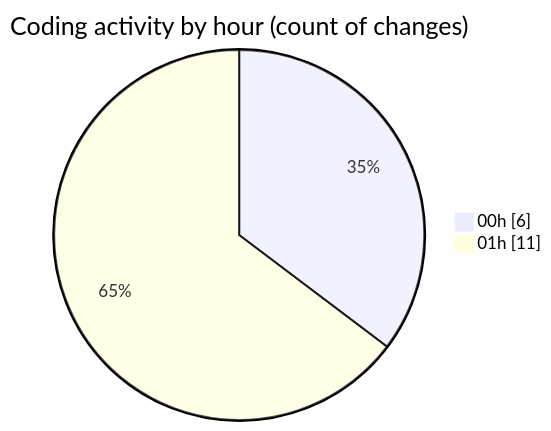
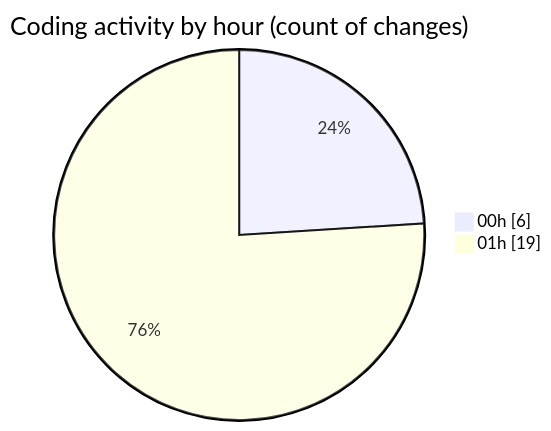
Before and after one commit to julien-gomy/code-tracking: the second of 2 diagrams in 2025-11-08/eventscop-frontend-guide__workspace_/README.md, drawn with Mermaid. The commit also changed other lines of this file and 1 other file, not shown here.

````diff
--- a/2025-11-08/eventscop-frontend-guide__workspace_/README.md
+++ b/2025-11-08/eventscop-frontend-guide__workspace_/README.md
@@ -34,6 +34,6 @@
 ```mermaid
 pie showData
 title Coding activity by hour (count of changes)
 "00h" : 6
-"01h" : 11
+"01h" : 19
 ```
````
